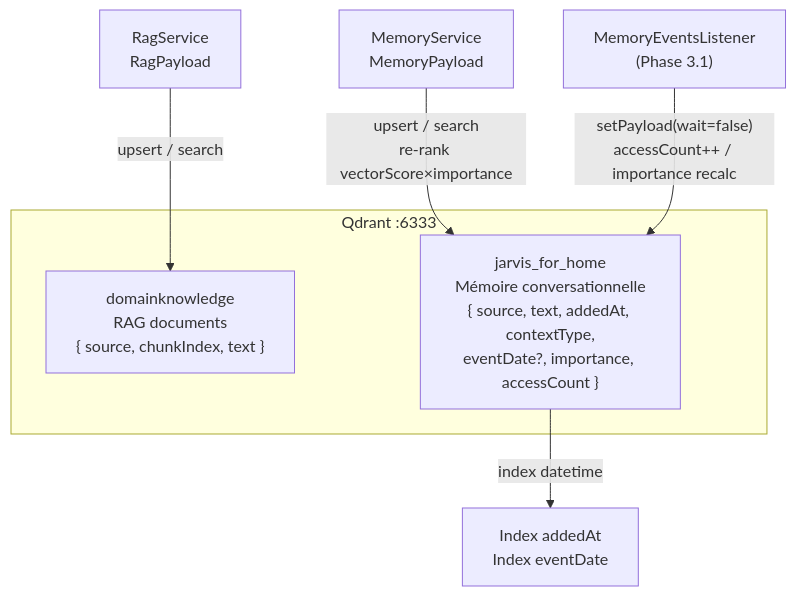
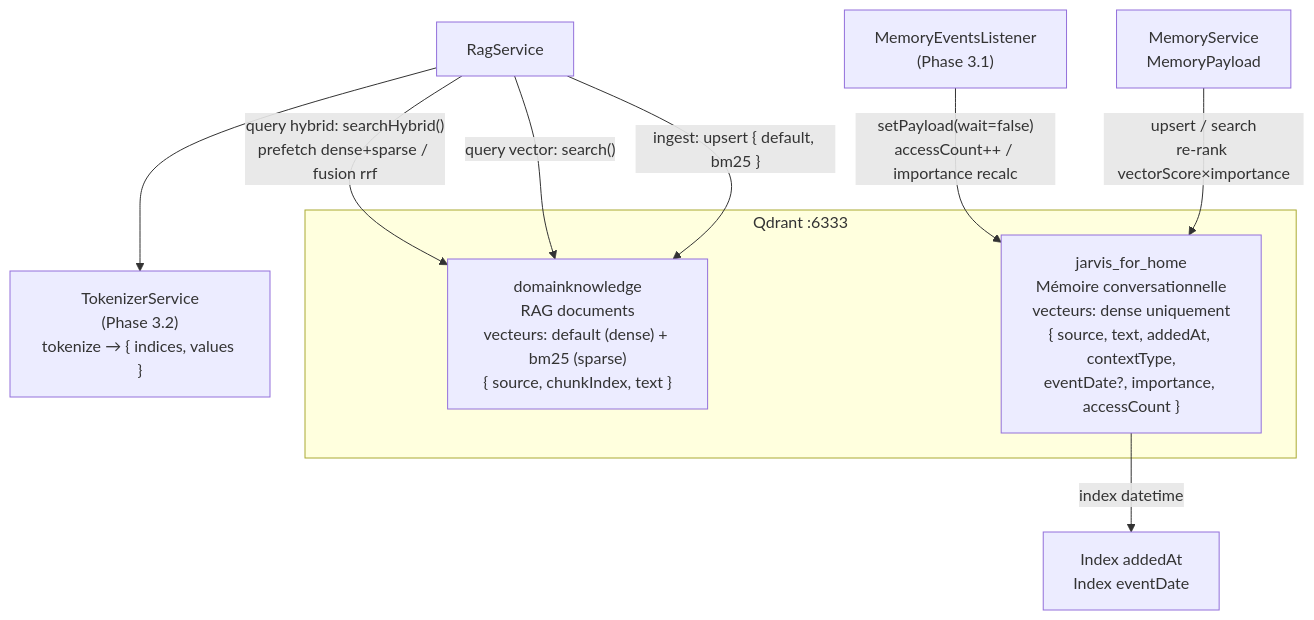
Before and after one commit to Yesub/jarvis-full-solution: the eighth of 11 diagrams in plan/architecture-flows.md, drawn with Mermaid. The commit also changed other lines of this file and 6 other files, not shown here.

Commit message:
feat: Implement TokenizerService for French text tokenization and integrate with RagService for hybrid search

````diff
--- a/plan/architecture-flows.md
+++ b/plan/architecture-flows.md
@@ -255,12 +261,17 @@
 ```mermaid
 graph TB
     subgraph Qdrant["Qdrant :6333"]
-        DC["domainknowledge\nRAG documents\n{ source, chunkIndex, text }"]
-        MEM["jarvis_for_home\nMémoire conversationnelle\n{ source, text, addedAt, contextType,\neventDate?, importance, accessCount }"]
+        DC["domainknowledge\nRAG documents\nvecteurs: default (dense) + bm25 (sparse)\n{ source, chunkIndex, text }"]
+        MEM["jarvis_for_home\nMémoire conversationnelle\nvecteurs: dense uniquement\n{ source, text, addedAt, contextType,\neventDate?, importance, accessCount }"]
     end
 
-    RAGSvc["RagService\nRagPayload"] -->|"upsert / search"| DC
+    Tokenizer["TokenizerService\n(Phase 3.2)\ntokenize → { indices, values }"]
+    RAGSvc["RagService"] -->|"ingest: upsert { default, bm25 }"| DC
+    RAGSvc -->|"query vector: search()"| DC
+    RAGSvc -->|"query hybrid: searchHybrid()\nprefetch dense+sparse / fusion rrf"| DC
+    RAGSvc --> Tokenizer
+
     MemSvc["MemoryService\nMemoryPayload"] -->|"upsert / search\nre-rank vectorScore×importance"| MEM
     MEM -->|"index datetime"| DateIdx["Index addedAt\nIndex eventDate"]
     Listener["MemoryEventsListener\n(Phase 3.1)"] -->|"setPayload(wait=false)\naccessCount++ / importance recalc"| MEM
 ```
````
